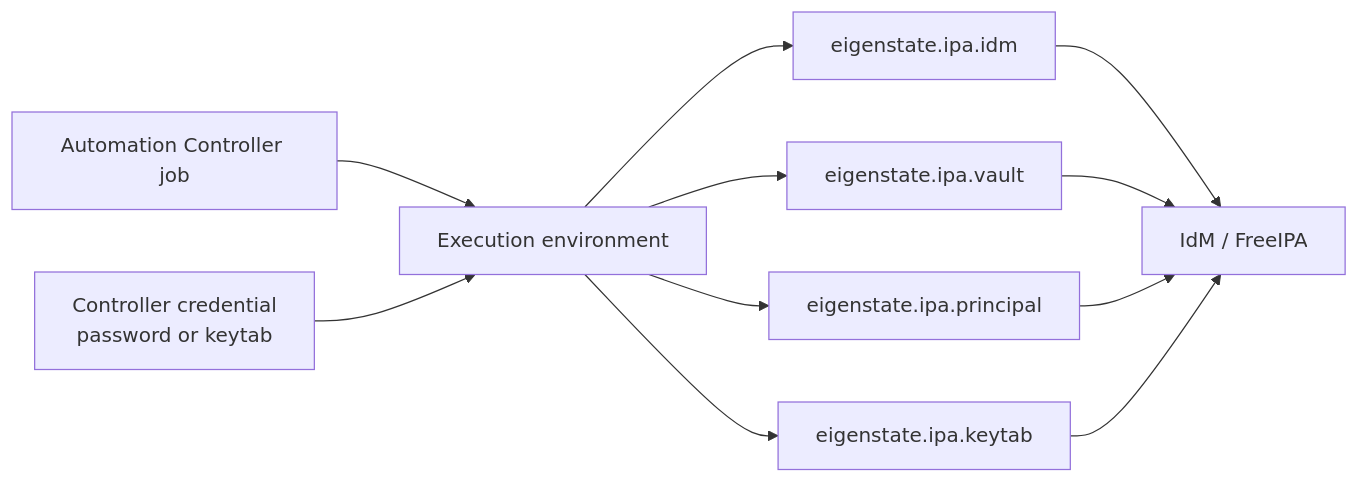
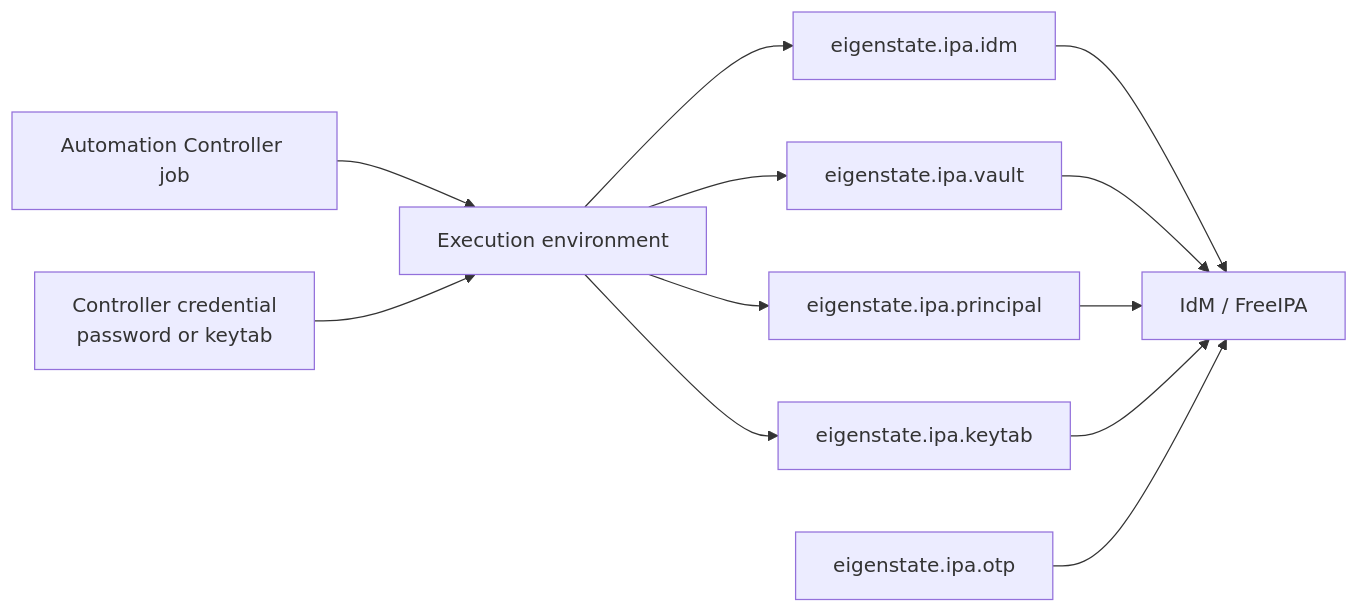
Before and after one commit to gprocunier/eigenstate-ipa: the diagram in docs/aap-integration.md, drawn with Mermaid. The commit also changed other lines of this file and 14 other files, not shown here.

````diff
--- a/docs/aap-integration.md
+++ b/docs/aap-integration.md
@@ -35,22 +36,24 @@
 ```mermaid
 flowchart LR
     ctrl["Automation Controller job"]
     ee["Execution environment"]
     cred["Controller credential\npassword or keytab"]
     inv["eigenstate.ipa.idm"]
     vault["eigenstate.ipa.vault"]
     principal["eigenstate.ipa.principal"]
     keytab["eigenstate.ipa.keytab"]
+    otp["eigenstate.ipa.otp"]
     idm["IdM / FreeIPA"]
 
     ctrl --> ee
     cred --> ee
     ee --> inv
     ee --> vault
     ee --> principal
     ee --> keytab
     inv --> idm
     vault --> idm
     principal --> idm
     keytab --> idm
+    otp --> idm
 ```
````
